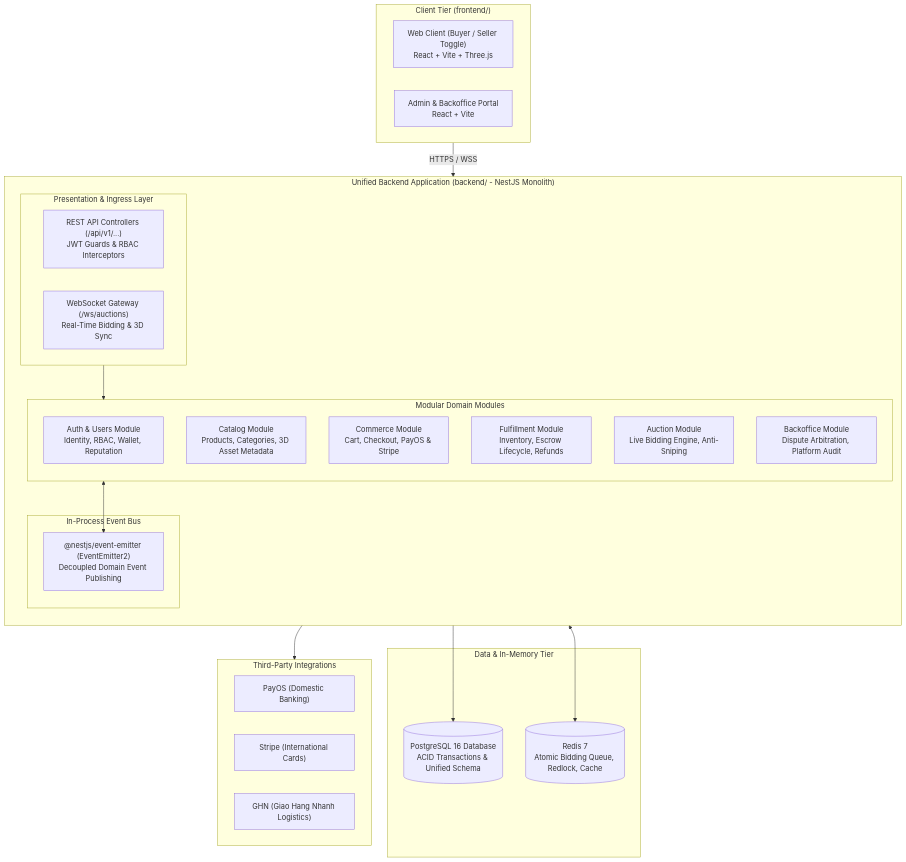
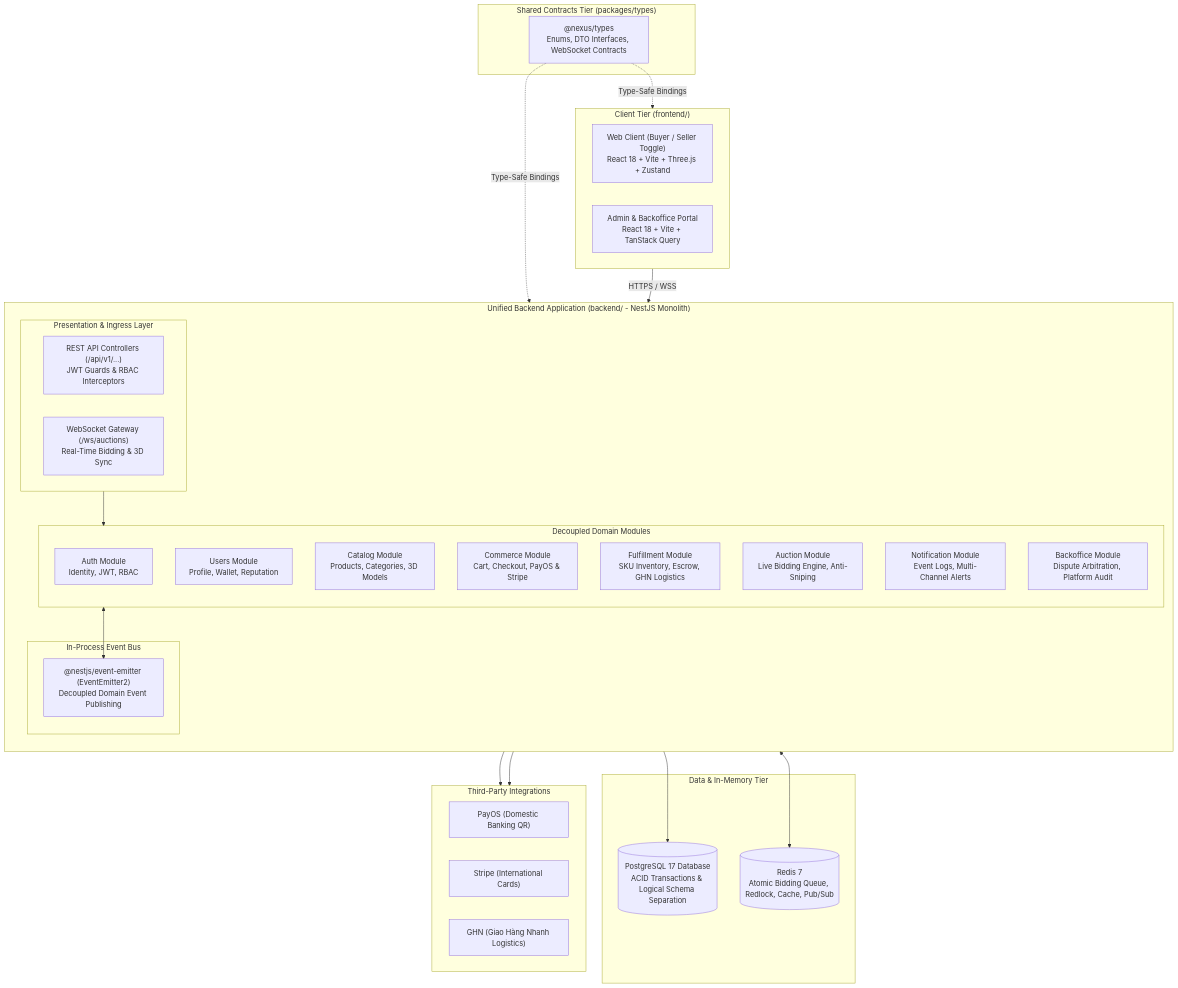
The diagram in docs/architecture/ARCHITECTURE.md (MinhPhuc00ne/project-nexus), drawn with Mermaid before and after one commit. The commit also changed other lines of this file and 1 other file, not shown here.

Commit message:
docs(architecture): update modular monolith boundaries, event matrix and patterns

````diff
--- a/docs/architecture/ARCHITECTURE.md
+++ b/docs/architecture/ARCHITECTURE.md
@@ -19,48 +20,57 @@
 ```mermaid
 flowchart TB
+    subgraph Shared["Shared Contracts Tier (packages/types)"]
+        Contracts["@nexus/types<br/>Enums, DTO Interfaces, WebSocket Contracts"]
+    end
+
     subgraph Clients["Client Tier (frontend/)"]
-        WebClient["Web Client (Buyer / Seller Toggle)<br/>React + Vite + Three.js"]
-        AdminClient["Admin & Backoffice Portal<br/>React + Vite"]
+        WebClient["Web Client (Buyer / Seller Toggle)<br/>React 18 + Vite + Three.js + Zustand"]
+        AdminClient["Admin & Backoffice Portal<br/>React 18 + Vite + TanStack Query"]
     end
 
     subgraph Backend["Unified Backend Application (backend/ - NestJS Monolith)"]
         direction TB
 
         subgraph WebLayer["Presentation & Ingress Layer"]
             HTTPController["REST API Controllers (/api/v1/...)<br/>JWT Guards & RBAC Interceptors"]
             WSGateway["WebSocket Gateway (/ws/auctions)<br/>Real-Time Bidding & 3D Sync"]
         end
 
-        subgraph CoreModules["Modular Domain Modules"]
-            AuthMod["Auth & Users Module<br/>Identity, RBAC, Wallet, Reputation"]
-            CatalogMod["Catalog Module<br/>Products, Categories, 3D Asset Metadata"]
+        subgraph CoreModules["Decoupled Domain Modules"]
+            AuthMod["Auth Module<br/>Identity, JWT, RBAC"]
+            UsersMod["Users Module<br/>Profile, Wallet, Reputation"]
+            CatalogMod["Catalog Module<br/>Products, Categories, 3D Models"]
             CommerceMod["Commerce Module<br/>Cart, Checkout, PayOS & Stripe"]
-            FulfillMod["Fulfillment Module<br/>Inventory, Escrow Lifecycle, Refunds"]
+            FulfillMod["Fulfillment Module<br/>SKU Inventory, Escrow, GHN Logistics"]
             AuctionMod["Auction Module<br/>Live Bidding Engine, Anti-Sniping"]
+            NotifyMod["Notification Module<br/>Event Logs, Multi-Channel Alerts"]
             BackofficeMod["Backoffice Module<br/>Dispute Arbitration, Platform Audit"]
         end
 
         subgraph InProcessBus["In-Process Event Bus"]
             EventEmitter["@nestjs/event-emitter (EventEmitter2)<br/>Decoupled Domain Event Publishing"]
         end
 
         WebLayer --> CoreModules
         CoreModules <--> EventEmitter
     end
 
     subgraph Infrastructure["Data & In-Memory Tier"]
-        Postgres[(PostgreSQL 16 Database<br/>ACID Transactions & Unified Schema)]
-        RedisCache[(Redis 7<br/>Atomic Bidding Queue, Redlock, Cache)]
+        Postgres[(PostgreSQL 17 Database<br/>ACID Transactions & Logical Schema Separation)]
+        RedisCache[(Redis 7<br/>Atomic Bidding Queue, Redlock, Cache, Pub/Sub)]
     end
 
     subgraph ExternalServices["Third-Party Integrations"]
-        PayOS["PayOS (Domestic Banking)"]
+        PayOS["PayOS (Domestic Banking QR)"]
         Stripe["Stripe (International Cards)"]
-        GHN["GHN (Giao Hang Nhanh Logistics)"]
+        GHN["GHN (Giao Hàng Nhanh Logistics)"]
     end
 
+    Contracts -.->|Type-Safe Bindings| Clients
+    Contracts -.->|Type-Safe Bindings| Backend
     Clients -->|HTTPS / WSS| WebLayer
     CoreModules --> Postgres
     AuctionMod <--> RedisCache
     CommerceMod --> ExternalServices
+    FulfillMod --> ExternalServices
 ```
````
